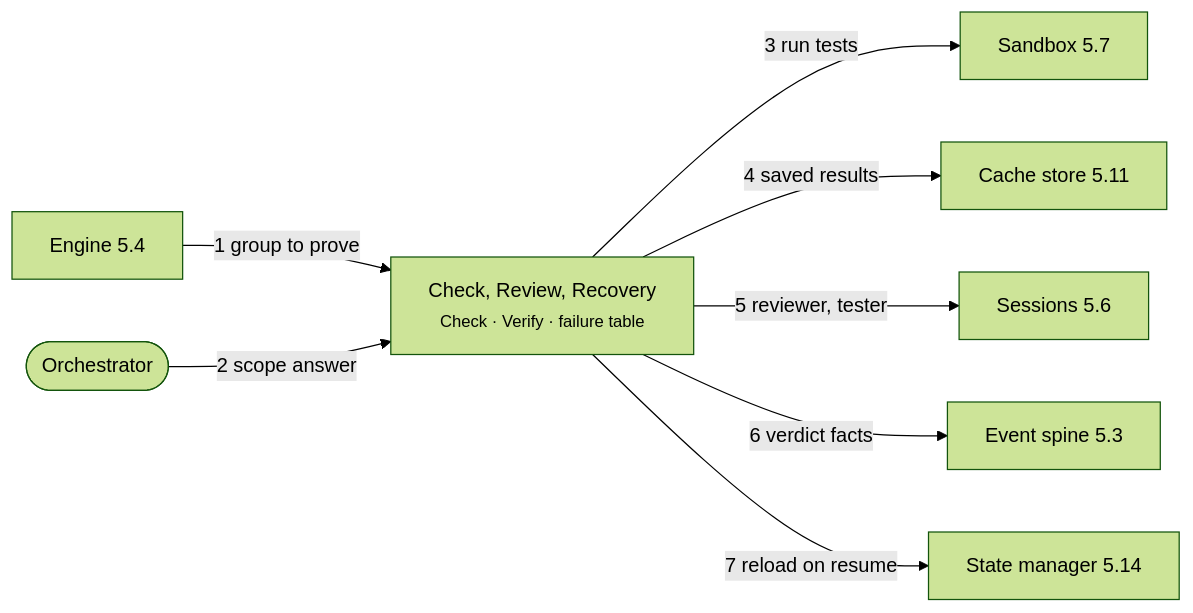
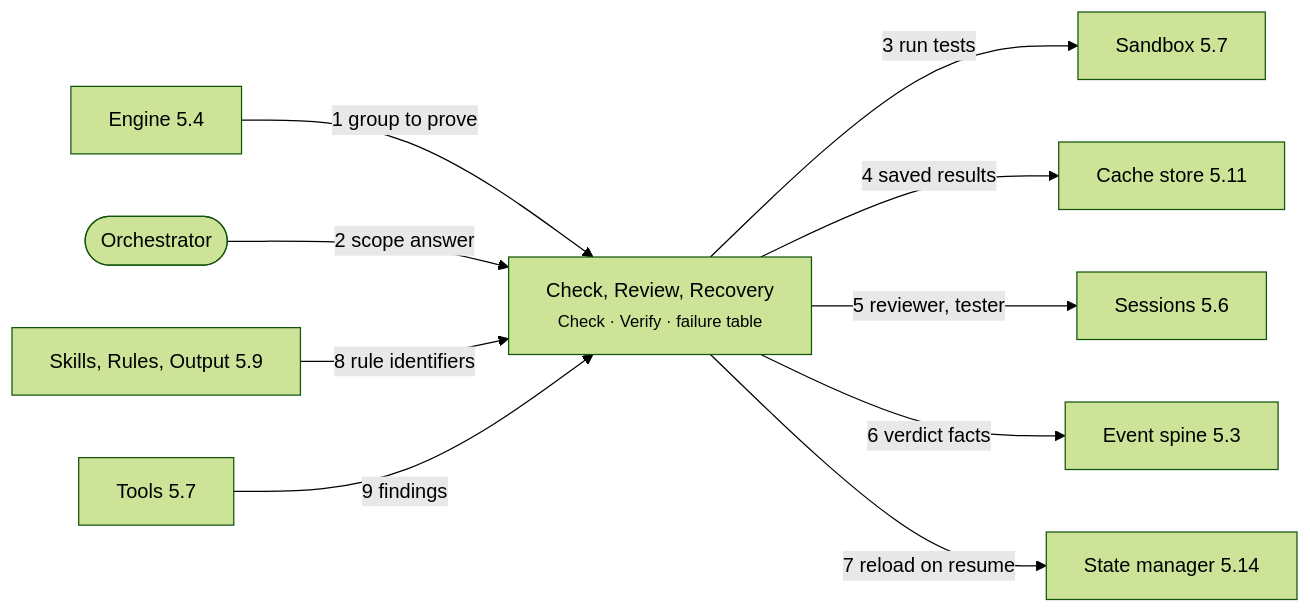
Diagram 23 of 45 in docs/hld.md (rdevitto86/komodo-agentic-harness-coding), drawn with Mermaid (forest theme) before and after one commit. The commit also changed other lines of this file, not shown here.

````diff
--- a/docs/hld.md
+++ b/docs/hld.md
@@ -1146,18 +1152,22 @@
 ```mermaid
 flowchart LR
   EN["Engine 5.4"]
   OR(["Orchestrator"]):::actor
   CR["Check, Review, Recovery<br><small>Check · Verify · failure table</small>"]:::core
   SB["Sandbox 5.7"]
   CA["Cache store 5.11"]
   SE["Sessions 5.6"]
   SP["Event spine 5.3"]
   SM["State manager 5.14"]
+  SK["Skills, Rules, Output 5.9"]
+  TL["Tools 5.7"]
   EN -->|"1 group to prove"| CR
   OR -->|"2 scope answer"| CR
   CR -->|"3 run tests"| SB
   CR -->|"4 saved results"| CA
   CR -->|"5 reviewer, tester"| SE
   CR -->|"6 verdict facts"| SP
   CR -->|"7 reload on resume"| SM
+  SK -->|"8 rule identifiers"| CR
+  TL -->|"9 findings"| CR
 ```
````
